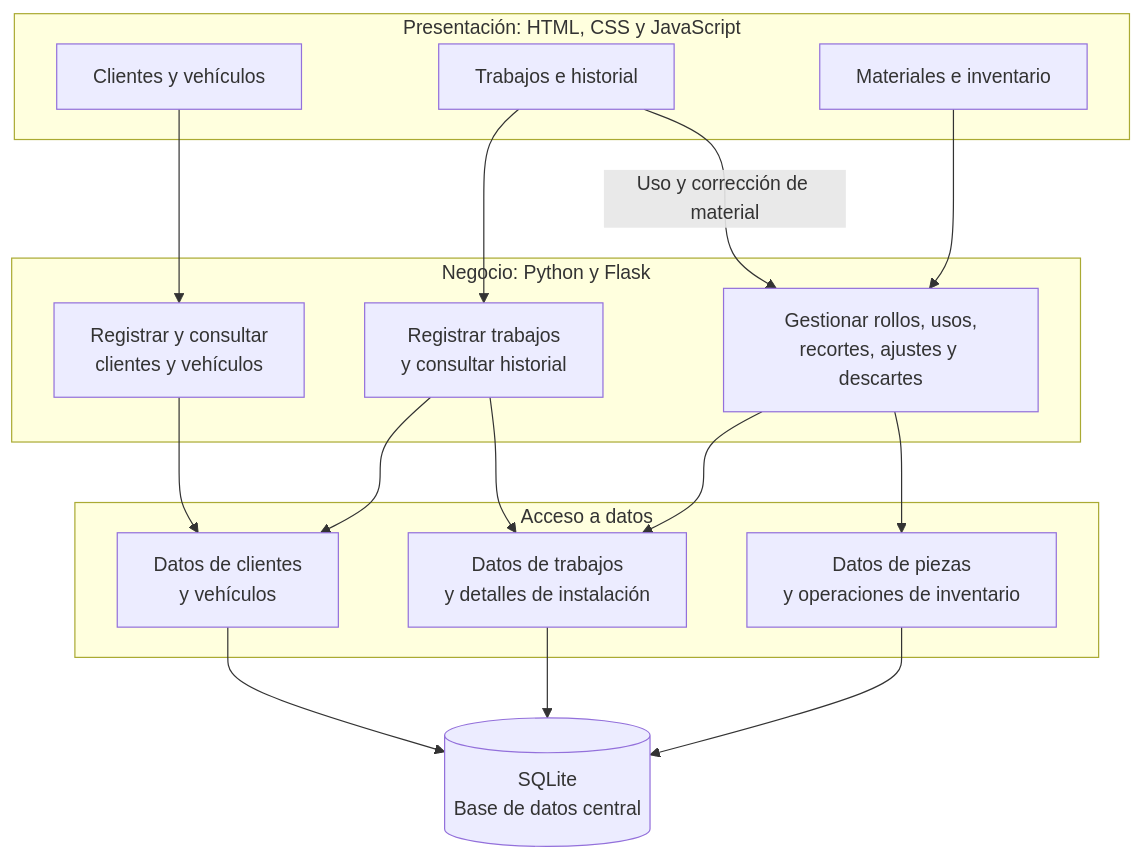
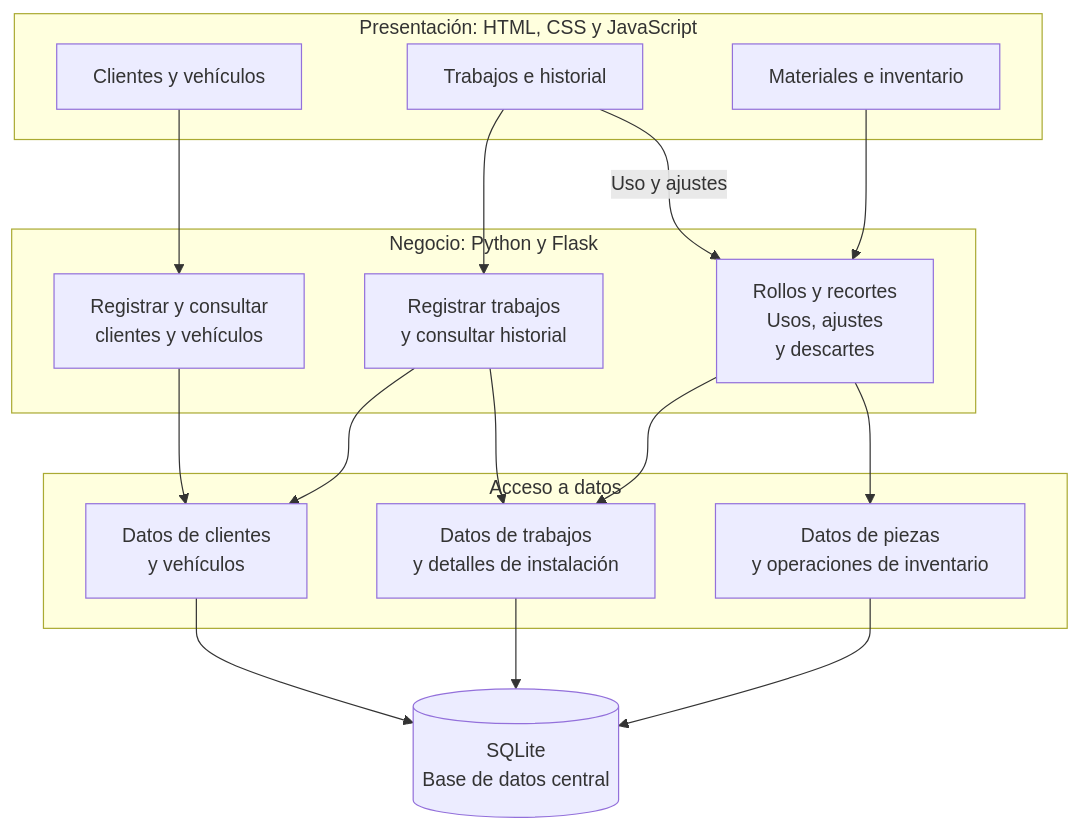
The diagram in docs/diagramas/arquitectura.mmd (thedieqo/Serna_Polarizados), drawn with Mermaid before and after one commit.

```diff
--- a/docs/diagramas/arquitectura.mmd
+++ b/docs/diagramas/arquitectura.mmd
@@ -1,35 +1,35 @@
 flowchart TD
     subgraph PRESENTACION["Presentación: HTML, CSS y JavaScript"]
         P1["Clientes y vehículos"]
         P2["Trabajos e historial"]
         P3["Materiales e inventario"]
     end
 
     subgraph NEGOCIO["Negocio: Python y Flask"]
         N1["Registrar y consultar<br/>clientes y vehículos"]
         N2["Registrar trabajos<br/>y consultar historial"]
-        N3["Gestionar rollos, usos,<br/>recortes, ajustes y descartes"]
+        N3["Rollos y recortes<br/>Usos, ajustes<br/>y descartes"]
     end
 
     subgraph DATOS["Acceso a datos"]
         D1["Datos de clientes<br/>y vehículos"]
         D2["Datos de trabajos<br/>y detalles de instalación"]
         D3["Datos de piezas<br/>y operaciones de inventario"]
     end
 
     BD[("SQLite<br/>Base de datos central")]
 
     P1 --> N1
     P2 --> N2
-    P2 -->|"Uso y corrección de material"| N3
+    P2 -->|"Uso y ajustes"| N3
     P3 --> N3
 
     N1 --> D1
     N2 --> D1
     N2 --> D2
     N3 --> D2
     N3 --> D3
 
     D1 --> BD
     D2 --> BD
     D3 --> BD
```
